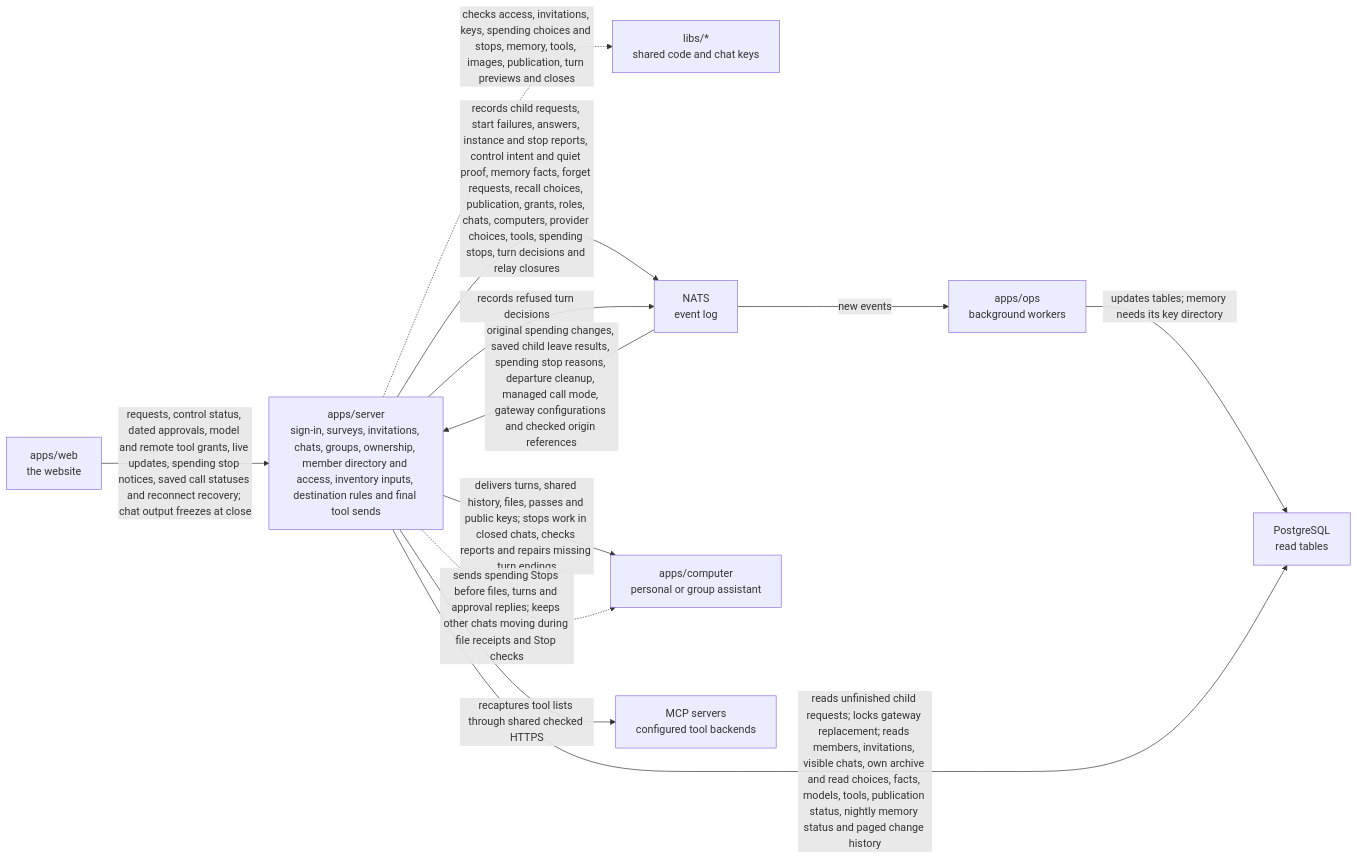
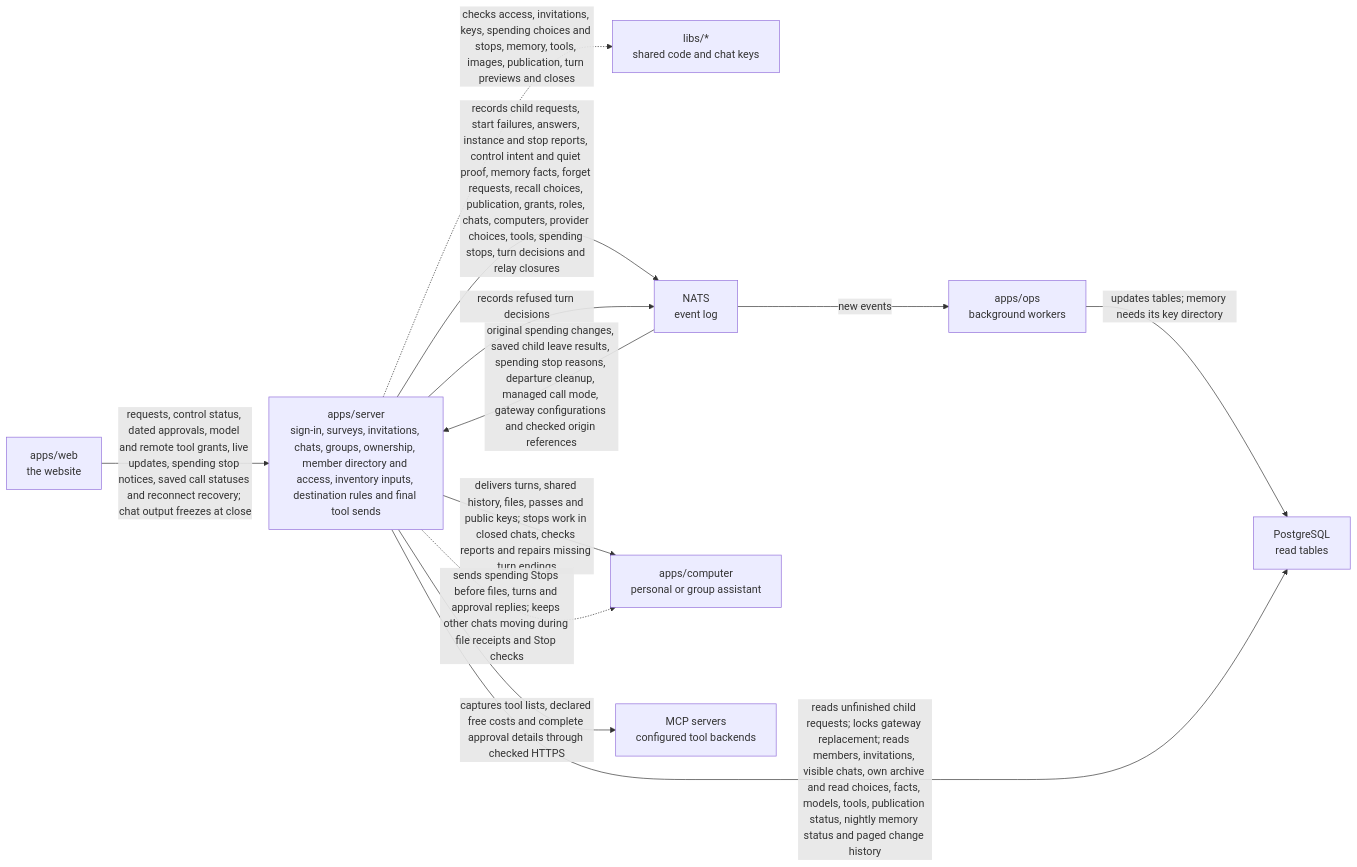
Before and after one commit to elewa-git/opencrane-new: the diagram in apps/server/README.md, drawn with Mermaid. The commit also changed other lines of this file and 19 other files, not shown here.

First line of the commit message:
🏷️ Tool servers declare each tool’s free cost and approval details, and any change waits for a new admin review (#539)

````diff
--- a/apps/server/README.md
+++ b/apps/server/README.md
@@ -14,14 +14,14 @@
 ```mermaid
 flowchart LR
   web["apps/web<br/>the website"] -->|requests, control status, dated approvals, model and remote tool grants, live updates, spending stop notices, saved call statuses and reconnect recovery; chat output freezes at close| server["apps/server<br/>sign-in, surveys, invitations, chats, groups, ownership, member directory and access, inventory inputs, destination rules and final tool sends"]
   server -.->|checks access, invitations, keys, spending choices and stops, memory, tools, images, publication, turn previews and closes| libs["libs/*<br/>shared code and chat keys"]
   server -->|records child requests, start failures, answers, instance and stop reports, control intent and quiet proof, memory facts, forget requests, recall choices, publication, grants, roles, chats, computers, provider choices, tools, spending stops, turn decisions and relay closures| nats["NATS<br/>event log"]
   nats -->|original spending changes, saved child leave results, spending stop reasons, departure cleanup, managed call mode, gateway configurations and checked origin references| server
   nats -->|new events| ops["apps/ops<br/>background workers"]
   ops -->|updates tables; memory needs its key directory| postgres["PostgreSQL<br/>read tables"]
   server -->|reads unfinished child requests; locks gateway replacement; reads members, invitations, visible chats, own archive and read choices, facts, models, tools, publication status, nightly memory status and paged change history| postgres
   server -->|delivers turns, shared history, files, passes and public keys; stops work in closed chats, checks reports and repairs missing turn endings| computer["apps/computer<br/>personal or group assistant"]
-  server -->|recaptures tool lists through shared checked HTTPS| mcp["MCP servers<br/>configured tool backends"]
+  server -->|captures tool lists, declared free costs and complete approval details through checked HTTPS| mcp["MCP servers<br/>configured tool backends"]
   server -.->|sends spending Stops before files, turns and approval replies; keeps other chats moving during file receipts and Stop checks| computer
   server -->|records refused turn decisions| nats
 ```
````
